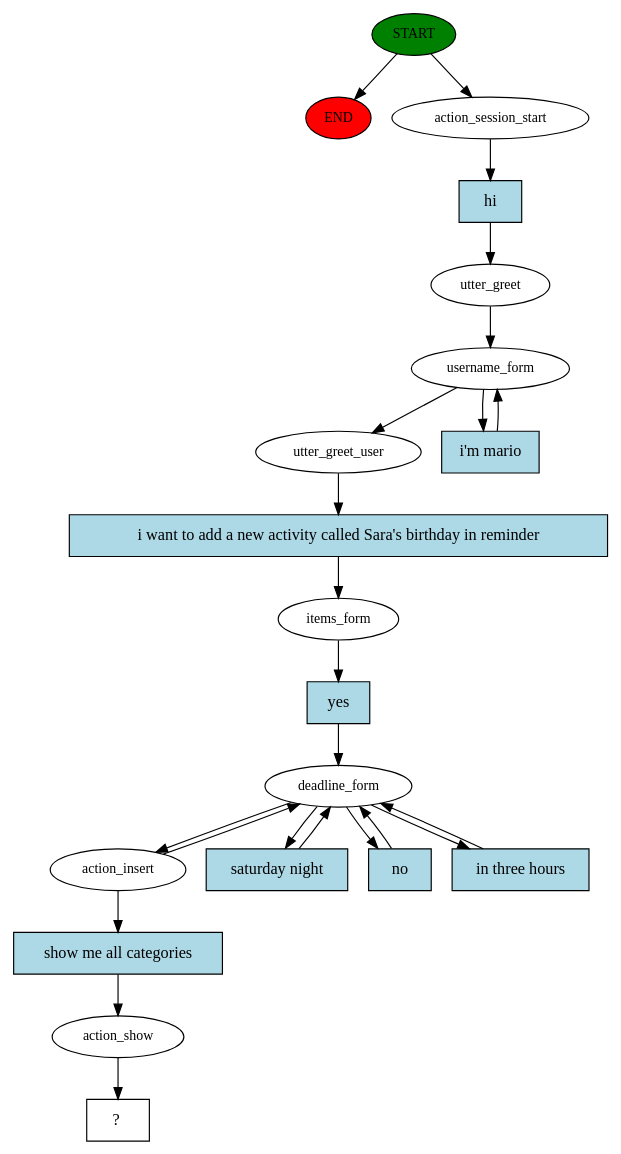
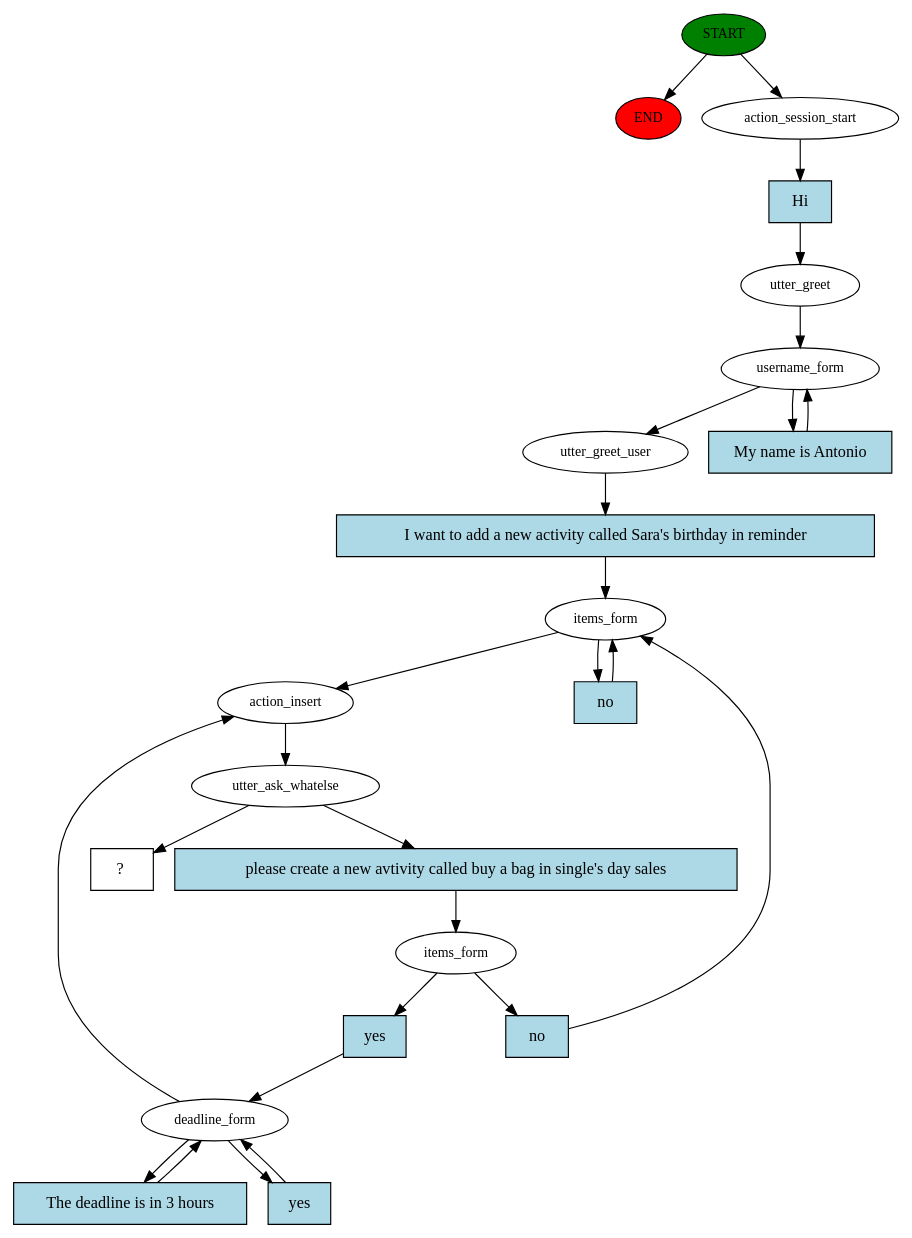
One commit to S0nFra/cogrob-todolist changed the diagram in src/rasa_ros/chatbot/story_graph.dot. Above: the diagram before and after it, drawn with Graphviz. The commit also changed 6 other files, not shown here.

Commit message:
Add some examples in nlu file and action utter_ask_whatelse

```diff
--- a/src/rasa_ros/chatbot/story_graph.dot
+++ b/src/rasa_ros/chatbot/story_graph.dot
@@ -1,44 +1,49 @@
 digraph  {
 0 [class="start active", fillcolor=green, fontsize=12, label=START, style=filled];
 "-1" [class=end, fillcolor=red, fontsize=12, label=END, style=filled];
 1 [class=active, fontsize=12, label=action_session_start];
 2 [class=active, fontsize=12, label=utter_greet];
 3 [class=active, fontsize=12, label=username_form];
 5 [class=active, fontsize=12, label=utter_greet_user];
 6 [class=active, fontsize=12, label=items_form];
-7 [class=active, fontsize=12, label=deadline_form];
-10 [class=active, fontsize=12, label=action_insert];
-15 [class=active, fontsize=12, label=action_show];
-16 [class="intent dashed active", label="  ?  ", shape=rect];
-17 [class="intent active", fillcolor=lightblue, label=hi, shape=rect, style=filled];
-18 [class="intent active", fillcolor=lightblue, label="i'm mario", shape=rect, style=filled];
-19 [class="intent active", fillcolor=lightblue, label="i want to add a new activity called Sara's birthday in reminder", shape=rect, style=filled];
-20 [class="intent active", fillcolor=lightblue, label=yes, shape=rect, style=filled];
-21 [class="intent active", fillcolor=lightblue, label="saturday night", shape=rect, style=filled];
-22 [class="intent active", fillcolor=lightblue, label=no, shape=rect, style=filled];
-23 [class="intent active", fillcolor=lightblue, label="in three hours", shape=rect, style=filled];
-24 [class="intent active", fillcolor=lightblue, label="show me all categories", shape=rect, style=filled];
+8 [class=active, fontsize=12, label=action_insert];
+9 [class=active, fontsize=12, label=utter_ask_whatelse];
+10 [class=active, fontsize=12, label=items_form];
+11 [class=active, fontsize=12, label=deadline_form];
+20 [class="intent dashed active", label="  ?  ", shape=rect];
+21 [class="intent active", fillcolor=lightblue, label=Hi, shape=rect, style=filled];
+22 [class="intent active", fillcolor=lightblue, label="My name is Antonio", shape=rect, style=filled];
+23 [class="intent active", fillcolor=lightblue, label="I want to add a new activity called Sara's birthday in reminder", shape=rect, style=filled];
+24 [class="intent active", fillcolor=lightblue, label=no, shape=rect, style=filled];
+25 [class="intent active", fillcolor=lightblue, label="please create a new avtivity called buy a bag in single's day sales", shape=rect, style=filled];
+26 [class="intent active", fillcolor=lightblue, label=yes, shape=rect, style=filled];
+27 [class="intent active", fillcolor=lightblue, label=no, shape=rect, style=filled];
+28 [class="intent active", fillcolor=lightblue, label="The deadline is in 3 hours", shape=rect, style=filled];
+29 [class="intent active", fillcolor=lightblue, label=yes, shape=rect, style=filled];
 0 -> "-1"  [class="", key=NONE, label=""];
 0 -> 1  [class=active, key=NONE, label=""];
-1 -> 17  [class=active, key=0];
+1 -> 21  [class=active, key=0];
 2 -> 3  [class=active, key=NONE, label=""];
 3 -> 5  [class=active, key=NONE, label=""];
-3 -> 18  [class=active, key=0];
-5 -> 19  [class=active, key=0];
-6 -> 20  [class=active, key=0];
-7 -> 10  [class=active, key=NONE, label=""];
-7 -> 21  [class=active, key=0];
-7 -> 22  [class=active, key=0];
-7 -> 23  [class=active, key=0];
-10 -> 7  [class=active, key=NONE, label=""];
-10 -> 24  [class=active, key=0];
-15 -> 16  [class=active, key=NONE, label=""];
-17 -> 2  [class=active, key=0];
-18 -> 3  [class=active, key=0];
-19 -> 6  [class=active, key=0];
-20 -> 7  [class=active, key=0];
-21 -> 7  [class=active, key=0];
-22 -> 7  [class=active, key=0];
-23 -> 7  [class=active, key=0];
-24 -> 15  [class=active, key=0];
+3 -> 22  [class=active, key=0];
+5 -> 23  [class=active, key=0];
+6 -> 8  [class=active, key=NONE, label=""];
+6 -> 24  [class=active, key=0];
+8 -> 9  [class=active, key=NONE, label=""];
+9 -> 20  [class=active, key=NONE, label=""];
+9 -> 25  [class=active, key=0];
+10 -> 26  [class=active, key=0];
+10 -> 27  [class=active, key=0];
+11 -> 8  [class=active, key=NONE, label=""];
+11 -> 28  [class=active, key=0];
+11 -> 29  [class=active, key=0];
+21 -> 2  [class=active, key=0];
+22 -> 3  [class=active, key=0];
+23 -> 6  [class=active, key=0];
+24 -> 6  [class=active, key=0];
+25 -> 10  [class=active, key=0];
+26 -> 11  [class=active, key=0];
+27 -> 6  [class=active, key=0];
+28 -> 11  [class=active, key=0];
+29 -> 11  [class=active, key=0];
 }
```
